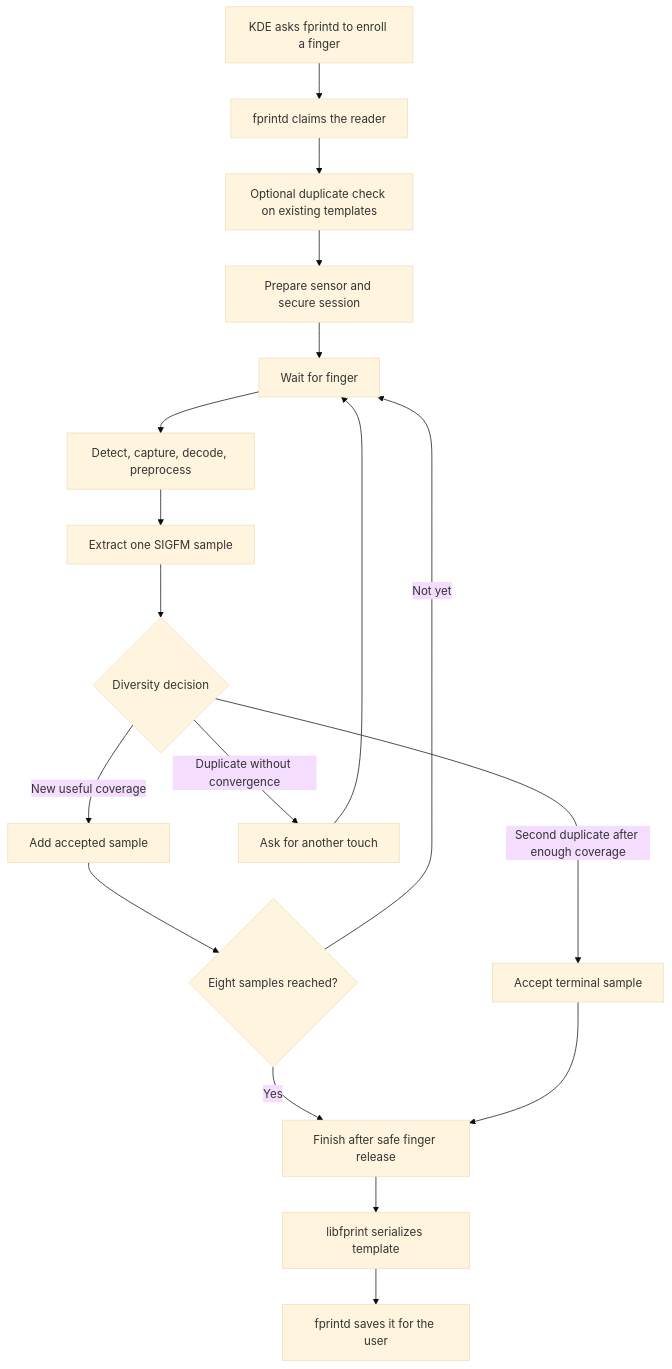
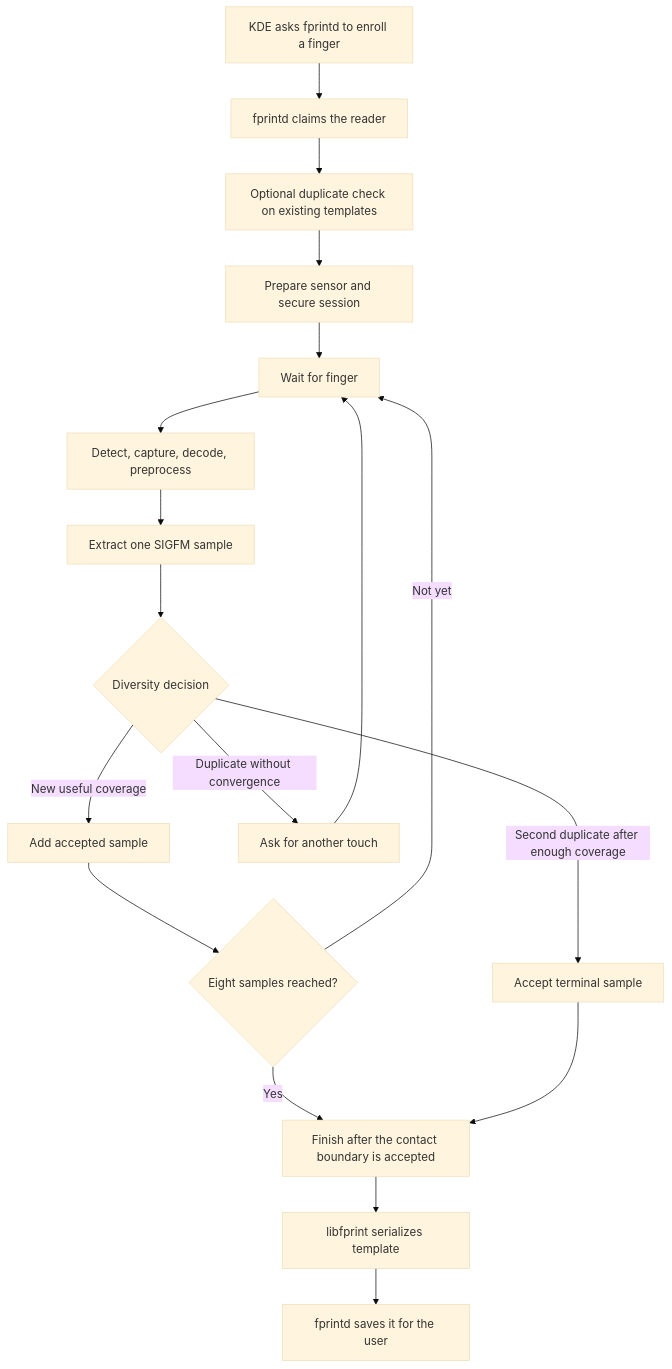
The diagram in docs/learning/06_enrollment.md (sorguido/goodix-27c6-5125), drawn with Mermaid (base theme) before and after one commit. The commit also changed other lines of this file and 41 other files, not shown here.

````diff
--- a/docs/learning/06_enrollment.md
+++ b/docs/learning/06_enrollment.md
@@ -28,20 +28,20 @@
 ```mermaid
 flowchart TD
     A["KDE asks fprintd to enroll a finger"] --> B["fprintd claims the reader"]
     B --> C["Optional duplicate check on existing templates"]
     C --> D["Prepare sensor and secure session"]
     D --> E["Wait for finger"]
     E --> F["Detect, capture, decode, preprocess"]
     F --> G["Extract one SIGFM sample"]
     G --> H{"Diversity decision"}
     H -->|New useful coverage| I["Add accepted sample"]
     H -->|Duplicate without convergence| J["Ask for another touch"]
     H -->|Second duplicate after enough coverage| T["Accept terminal sample"]
     I --> K{"Eight samples reached?"}
     J --> E
     K -->|Not yet| E
-    K -->|Yes| L["Finish after safe finger release"]
+    K -->|Yes| L["Finish after the contact boundary is accepted"]
     T --> L
     L --> M["libfprint serializes template"]
     M --> N["fprintd saves it for the user"]
 ```
````
